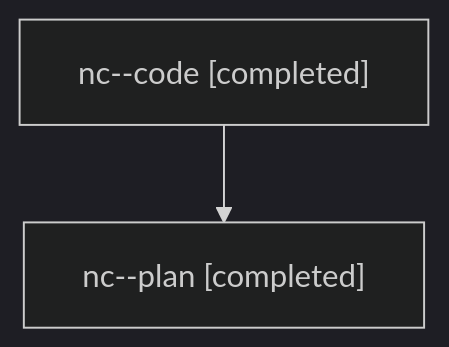
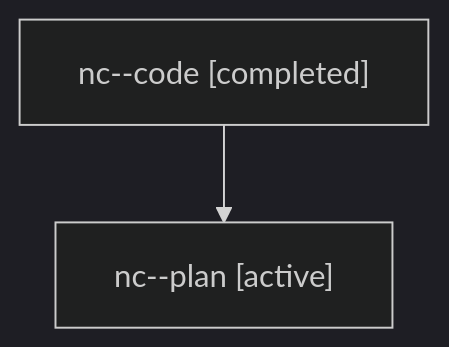
The diagram in families/bbugyi200.athena.nc.md (sase-org/sase--agents), drawn with Mermaid (dark theme) before and after one commit. The commit also changed other lines of this file and 5813 other files, not shown here.

````diff
--- a/families/bbugyi200.athena.nc.md
+++ b/families/bbugyi200.athena.nc.md
@@ -9,6 +9,6 @@
 ```mermaid
 flowchart TD
   n0["nc--code [completed]"]
-  n1["nc--plan [completed]"]
+  n1["nc--plan [active]"]
   n0 --> n1
 ```
````
